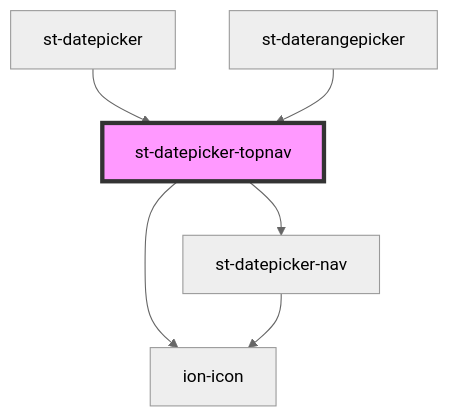
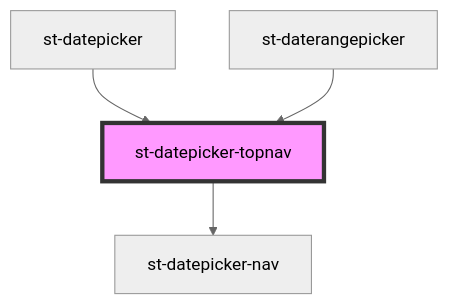
The diagram in src/components/inner-components/st-datepicker-topnav/readme.md (k1laba/st-datepicker), drawn with Mermaid (neutral theme) before and after one commit. The commit also changed other lines of this file and 737 other files, not shown here.

````diff
--- a/src/components/inner-components/st-datepicker-topnav/readme.md
+++ b/src/components/inner-components/st-datepicker-topnav/readme.md
@@ -30,9 +30,7 @@
 ```mermaid
 graph TD;
-  st-datepicker-topnav --> ion-icon
   st-datepicker-topnav --> st-datepicker-nav
-  st-datepicker-nav --> ion-icon
   st-datepicker --> st-datepicker-topnav
   st-daterangepicker --> st-datepicker-topnav
   style st-datepicker-topnav fill:#f9f,stroke:#333,stroke-width:4px
 ```
````
